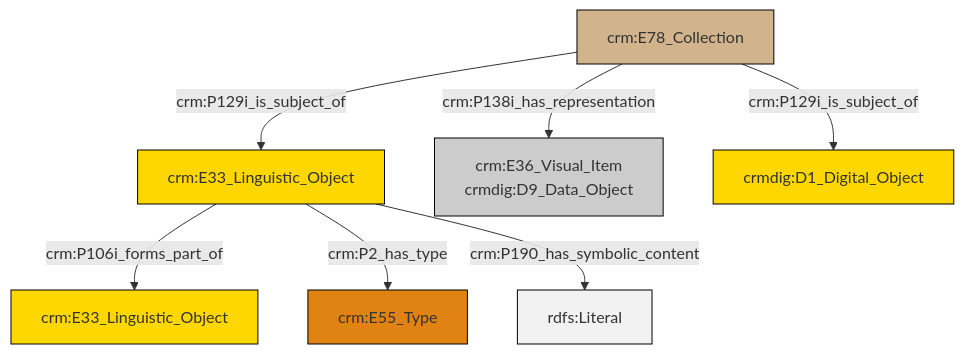
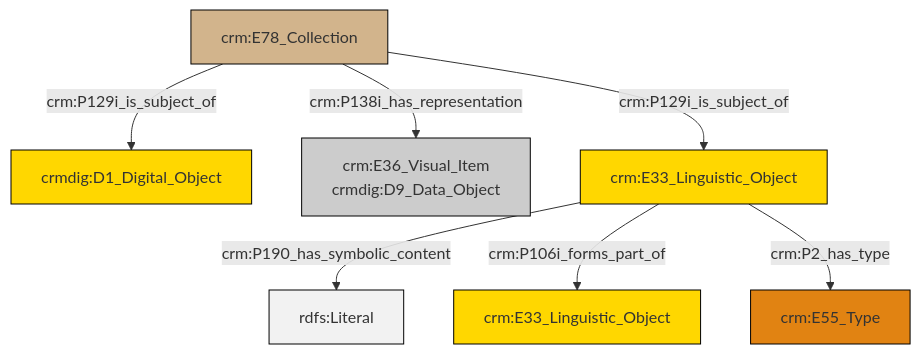
The diagram in et/archivalCSV/ttl/mmd/archival_docs.ttl.mmd (swiss-art-research-net/docs.swissartresearch), drawn with Mermaid before and after one commit. The commit also changed 175 other files, not shown here.

```diff
--- a/et/archivalCSV/ttl/mmd/archival_docs.ttl.mmd
+++ b/et/archivalCSV/ttl/mmd/archival_docs.ttl.mmd
@@ -1,21 +1,21 @@
 graph TD
 classDef Literal fill:#f2f2f2,stroke:#000000;
 classDef CRM_Entity fill:#FFFFFF,stroke:#000000;
 classDef Temporal_Entity fill:#00C9E6, stroke:#000000;
 classDef Type fill:#E18312, stroke:#000000;
 classDef Time-Span fill:#2C9C91, stroke:#000000;
 classDef Appellation fill:#FFEB7F, stroke:#000000;
 classDef Place fill:#008836, stroke:#000000;
 classDef Persistent_Item fill:#B266B2, stroke:#000000;
 classDef Conceptual_Object fill:#FFD700, stroke:#000000;
 classDef Physical_Thing fill:#D2B48C, stroke:#000000;
 classDef Actor fill:#f58aad, stroke:#000000;
 classDef PC_Classes fill:#4ce600, stroke:#000000;
 classDef Multi fill:#cccccc,stroke:#000000;
 
-0["crm:E33_Linguistic_Object"]:::Conceptual_Object -->|crm:P106i_forms_part_of| 1["crm:E33_Linguistic_Object"]:::Conceptual_Object
-0["crm:E33_Linguistic_Object"]:::Conceptual_Object -->|crm:P2_has_type| 4["crm:E55_Type"]:::Type
-6["crm:E78_Collection"]:::Physical_Thing -->|crm:P138i_has_representation| 2["crm:E36_Visual_Item<br>crmdig:D9_Data_Object"]:::Multi
-0["crm:E33_Linguistic_Object"]:::Conceptual_Object -->|crm:P190_has_symbolic_content| 9[rdfs:Literal]:::Literal
-6["crm:E78_Collection"]:::Physical_Thing -->|crm:P129i_is_subject_of| 10["crmdig:D1_Digital_Object"]:::Conceptual_Object
-6["crm:E78_Collection"]:::Physical_Thing -->|crm:P129i_is_subject_of| 0["crm:E33_Linguistic_Object"]:::Conceptual_Object
+0["crm:E78_Collection"]:::Physical_Thing -->|crm:P129i_is_subject_of| 1["crmdig:D1_Digital_Object"]:::Conceptual_Object
+6["crm:E33_Linguistic_Object"]:::Conceptual_Object -->|crm:P190_has_symbolic_content| 7[rdfs:Literal]:::Literal
+0["crm:E78_Collection"]:::Physical_Thing -->|crm:P138i_has_representation| 2["crm:E36_Visual_Item<br>crmdig:D9_Data_Object"]:::Multi
+6["crm:E33_Linguistic_Object"]:::Conceptual_Object -->|crm:P106i_forms_part_of| 11["crm:E33_Linguistic_Object"]:::Conceptual_Object
+6["crm:E33_Linguistic_Object"]:::Conceptual_Object -->|crm:P2_has_type| 4["crm:E55_Type"]:::Type
+0["crm:E78_Collection"]:::Physical_Thing -->|crm:P129i_is_subject_of| 6["crm:E33_Linguistic_Object"]:::Conceptual_Object
```
